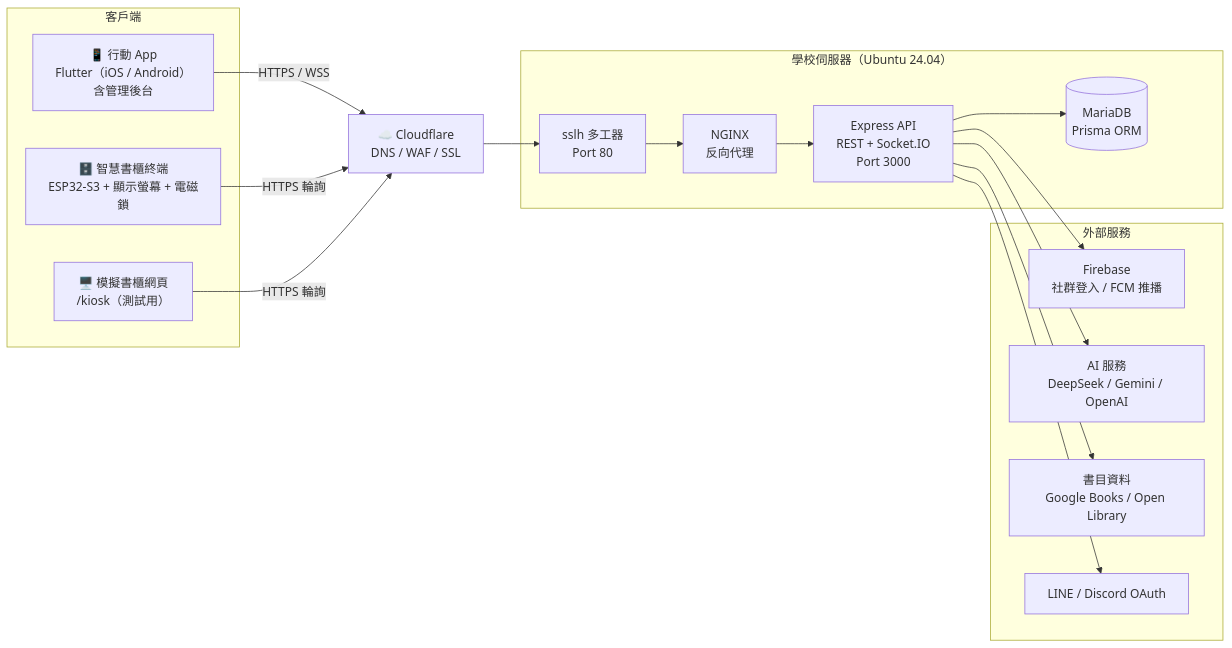
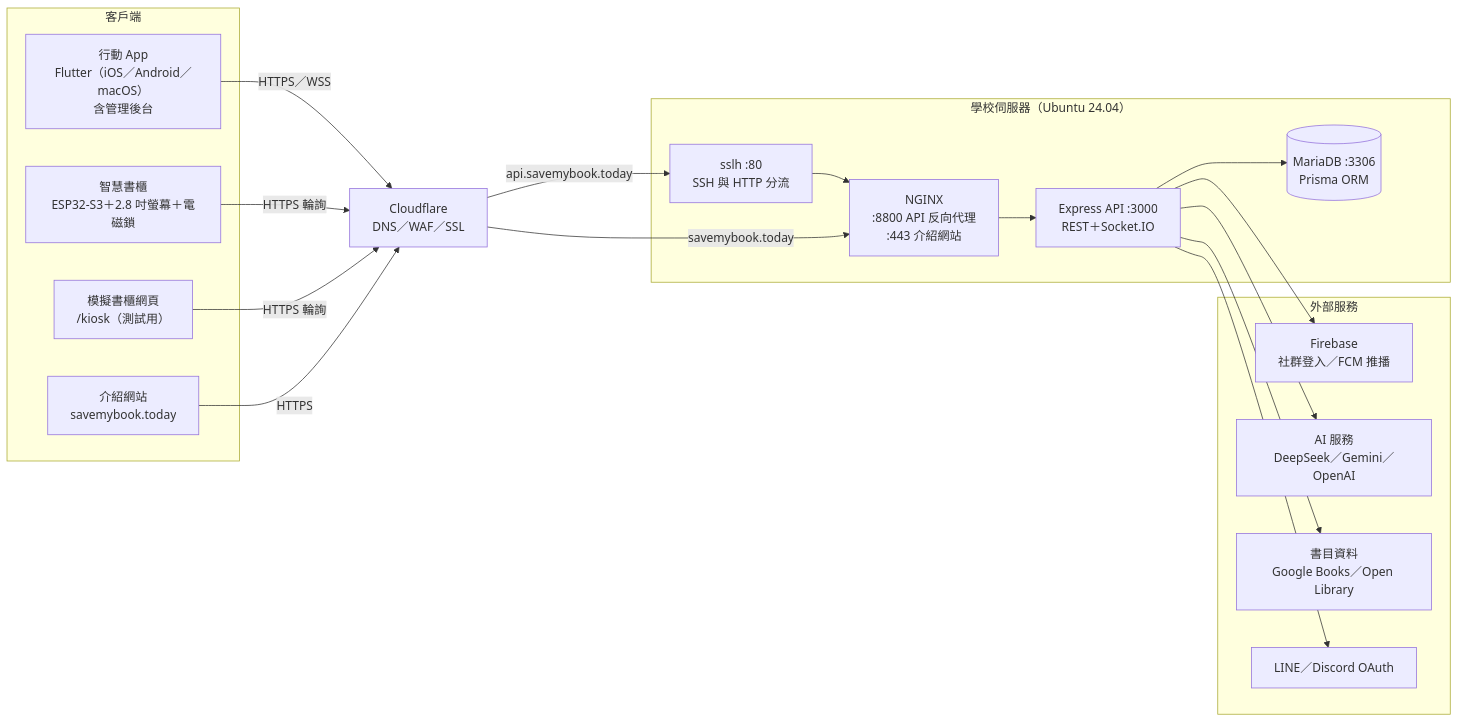
One commit to SaveMyBook/SaveMyBook changed the first of 2 diagrams in README.md. Above: the diagram before and after it, drawn with Mermaid. The commit also changed other lines of this file and 2 other files, not shown here.

````diff
--- a/README.md
+++ b/README.md
@@ -18,33 +51,36 @@
 ```mermaid
 flowchart LR
     subgraph Client["客戶端"]
-        App["📱 行動 App<br/>Flutter（iOS / Android）<br/>含管理後台"]
-        IoT["🗄️ 智慧書櫃終端<br/>ESP32-S3 + 顯示螢幕 + 電磁鎖"]
-        Kiosk["🖥️ 模擬書櫃網頁<br/>/kiosk（測試用）"]
+        App["行動 App<br/>Flutter（iOS／Android／macOS）<br/>含管理後台"]
+        IoT["智慧書櫃<br/>ESP32-S3＋2.8 吋螢幕＋電磁鎖"]
+        Kiosk["模擬書櫃網頁<br/>/kiosk（測試用）"]
+        Web["介紹網站<br/>savemybook.today"]
     end
 
-    CF["☁️ Cloudflare<br/>DNS / WAF / SSL"]
+    CF["Cloudflare<br/>DNS／WAF／SSL"]
 
     subgraph Server["學校伺服器（Ubuntu 24.04）"]
-        SSLH["sslh 多工器<br/>Port 80"]
-        NGINX["NGINX<br/>反向代理"]
-        API["Express API<br/>REST + Socket.IO<br/>Port 3000"]
-        DB[("MariaDB<br/>Prisma ORM")]
+        SSLH["sslh :80<br/>SSH 與 HTTP 分流"]
+        NGINX["NGINX<br/>:8800 API 反向代理<br/>:443 介紹網站"]
+        API["Express API :3000<br/>REST＋Socket.IO"]
+        DB[("MariaDB :3306<br/>Prisma ORM")]
     end
 
     subgraph External["外部服務"]
-        FB["Firebase<br/>社群登入 / FCM 推播"]
-        AI["AI 服務<br/>DeepSeek / Gemini / OpenAI"]
-        Books["書目資料<br/>Google Books / Open Library"]
-        OAuth["LINE / Discord OAuth"]
+        FB["Firebase<br/>社群登入／FCM 推播"]
+        AI["AI 服務<br/>DeepSeek／Gemini／OpenAI"]
+        Books["書目資料<br/>Google Books／Open Library"]
+        OAuth["LINE／Discord OAuth"]
     end
 
-    App -- "HTTPS / WSS" --> CF
+    App -- "HTTPS／WSS" --> CF
     IoT -- "HTTPS 輪詢" --> CF
     Kiosk -- "HTTPS 輪詢" --> CF
-    CF --> SSLH --> NGINX --> API --> DB
+    Web -- "HTTPS" --> CF
+    CF -- "api.savemybook.today" --> SSLH --> NGINX --> API --> DB
+    CF -- "savemybook.today" --> NGINX
     API --> FB
     API --> AI
     API --> Books
     API --> OAuth
 ```
````
